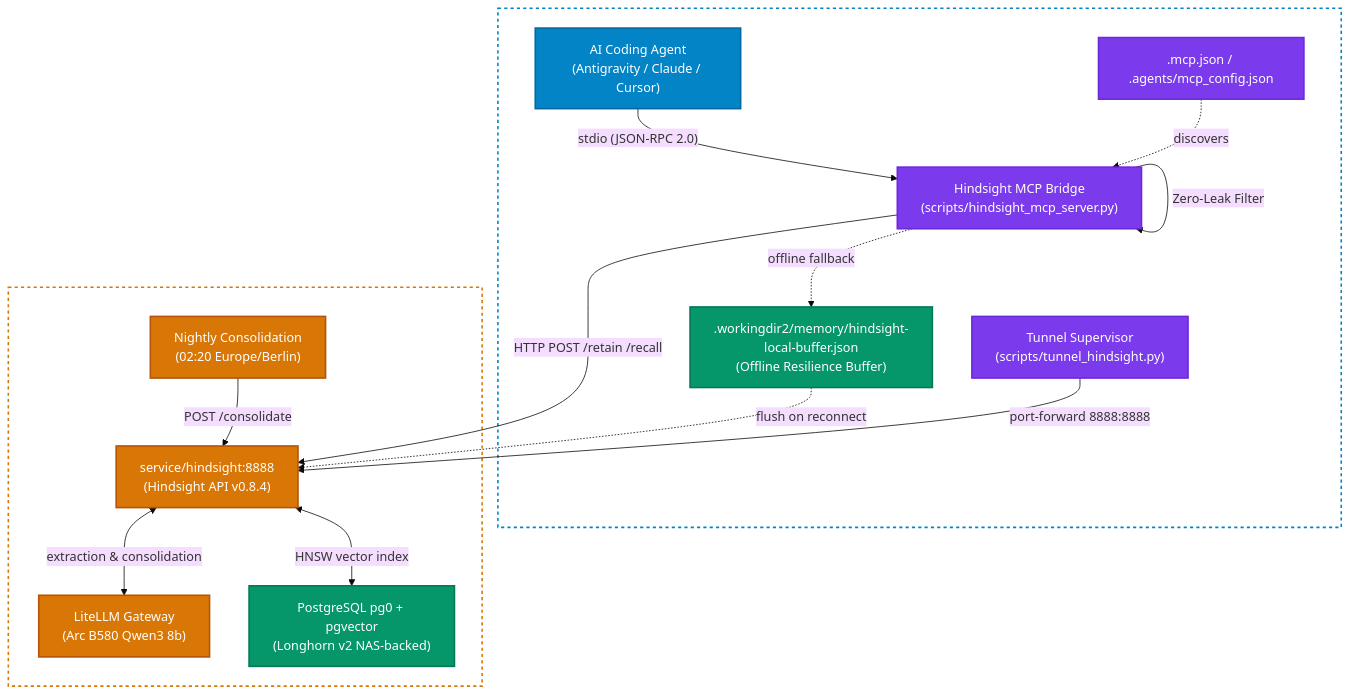
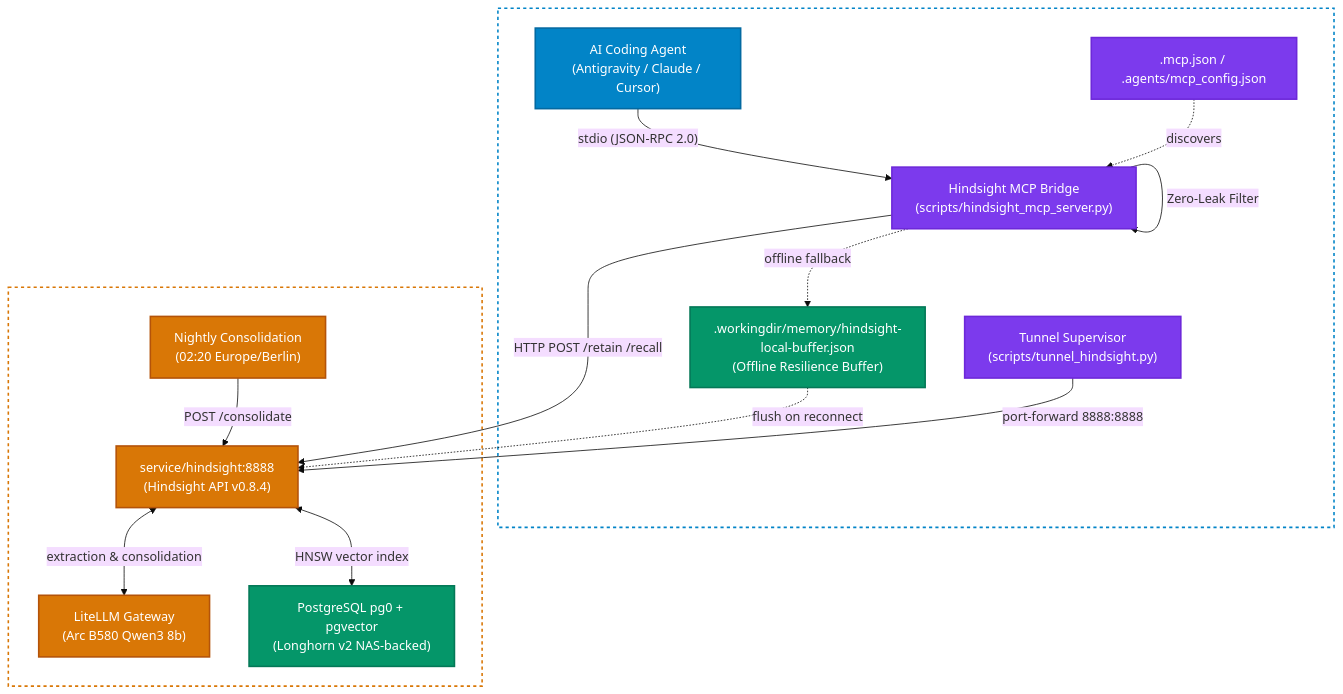
Before and after one commit to cordanaLLM/imago: the third of 3 diagrams in docs/tools/cli-mcp.md, drawn with Mermaid (base theme). The commit also changed 18 other files, not shown here.

````diff
--- a/docs/tools/cli-mcp.md
+++ b/docs/tools/cli-mcp.md
@@ -321,36 +321,36 @@
 ```mermaid
 flowchart TD
     classDef agent fill:#0284c7,stroke:#0369a1,stroke-width:2px,color:#ffffff;
     classDef bridge fill:#7c3aed,stroke:#6d28d9,stroke-width:2px,color:#ffffff;
     classDef cluster fill:#d97706,stroke:#b45309,stroke-width:2px,color:#ffffff;
     classDef storage fill:#059669,stroke:#047857,stroke-width:2px,color:#ffffff;
 
     subgraph WORKSTATION ["Workstation Environment"]
         Agent["AI Coding Agent<br/>(Antigravity / Claude / Cursor)"]:::agent
         Config[".mcp.json / .agents/mcp_config.json"]:::bridge
         Bridge["Hindsight MCP Bridge<br/>(scripts/hindsight_mcp_server.py)"]:::bridge
-        LocalBuffer[".workingdir2/memory/hindsight-local-buffer.json<br/>(Offline Resilience Buffer)"]:::storage
+        LocalBuffer[".workingdir/memory/hindsight-local-buffer.json<br/>(Offline Resilience Buffer)"]:::storage
         Tunnel["Tunnel Supervisor<br/>(scripts/tunnel_hindsight.py)"]:::bridge
     end
 
     subgraph CLUSTER ["Kubernetes Cluster (lusoris/k8s)"]
         HindsightSvc["service/hindsight:8888<br/>(Hindsight API v0.8.4)"]:::cluster
         LiteLLM["LiteLLM Gateway<br/>(Arc B580 Qwen3 8b)"]:::cluster
         Postgres["PostgreSQL pg0 + pgvector<br/>(Longhorn v2 NAS-backed)"]:::storage
         Consolidate["Nightly Consolidation<br/>(02:20 Europe/Berlin)"]:::cluster
     end
 
     Agent -->|"stdio (JSON-RPC 2.0)"| Bridge
     Config -.->|"discovers"| Bridge
     Bridge -->|"Zero-Leak Filter"| Bridge
     Bridge -->|"HTTP POST /retain /recall"| HindsightSvc
     Bridge -.->|"offline fallback"| LocalBuffer
     LocalBuffer -.->|"flush on reconnect"| HindsightSvc
     Tunnel -->|"port-forward 8888:8888"| HindsightSvc
     HindsightSvc <-->|"extraction & consolidation"| LiteLLM
     HindsightSvc <-->|"HNSW vector index"| Postgres
     Consolidate -->|"POST /consolidate"| HindsightSvc
 
     style WORKSTATION fill:none,stroke:#0284c7,stroke-width:2px,stroke-dasharray: 4 4;
     style CLUSTER fill:none,stroke:#d97706,stroke-width:2px,stroke-dasharray: 4 4;
 ```
````
